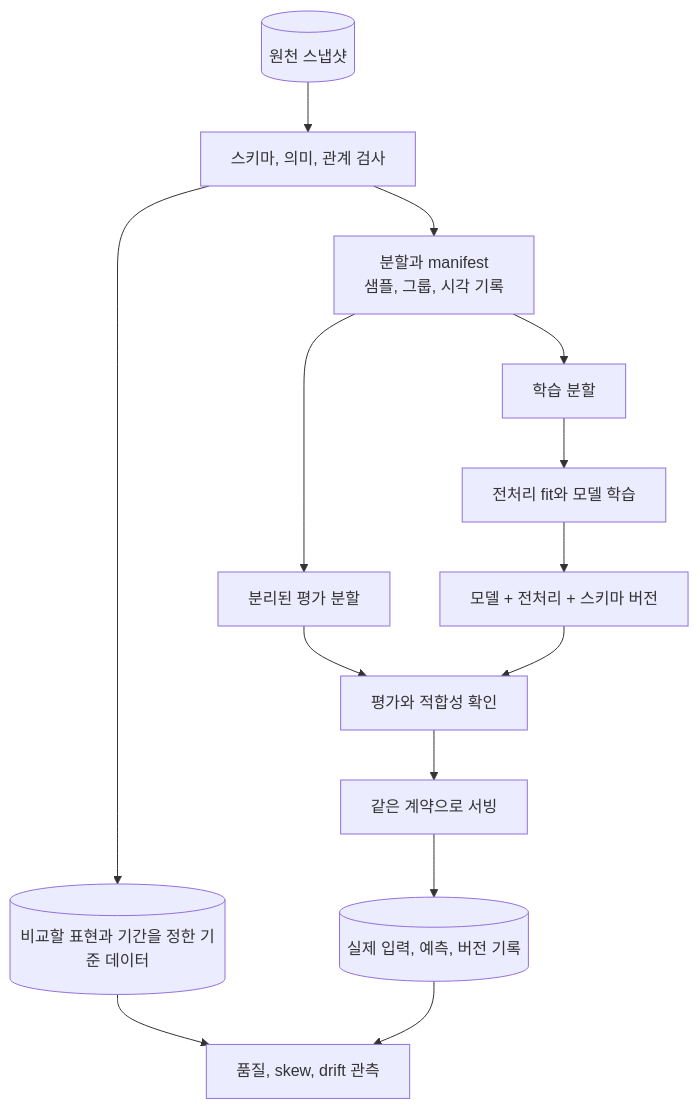
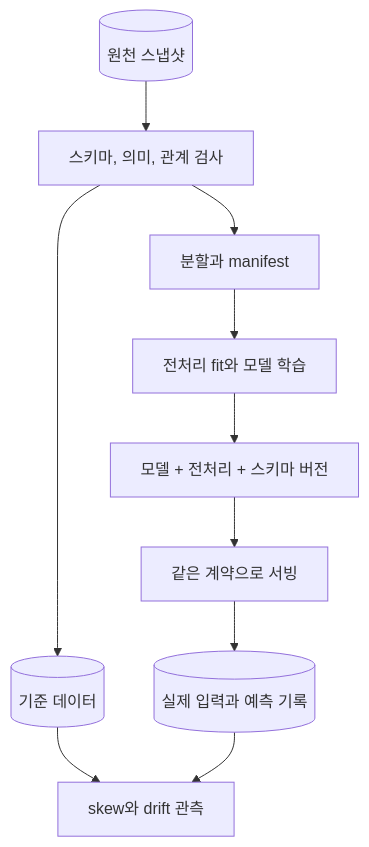
Before and after one commit to johklo/johklo.github.io: the diagram in content/docs/tech/machine-learning-platform-engineering/07-data-preparation.md, drawn with Mermaid. The commit also changed other lines of this file and 13 other files, not shown here.

````diff
--- a/content/docs/tech/machine-learning-platform-engineering/07-data-preparation.md
+++ b/content/docs/tech/machine-learning-platform-engineering/07-data-preparation.md
@@ -388,18 +49,14 @@
 ```mermaid
 flowchart TD
     accTitle: 데이터 준비에서 학습, 서빙과 관측으로 이어지는 계약
-    accDescr: 원천 스냅샷을 스키마와 의미 규칙으로 검증하고 분할 이력을 남긴다. 학습 데이터로 fit한 전처리는 모델과 함께 버전으로 관리한다. 서빙은 호환되는 계약을 사용하고 실제 입력을 기록한다. 모니터링은 같은 표현의 기준 데이터와 서빙 입력을 비교한다.
+    accDescr: 원천 스냅샷을 스키마와 의미 규칙으로 검증하고 분할한다. 학습 분할로 fit한 전처리는 모델과 함께 버전으로 관리하고 서빙은 같은 계약을 쓴다. 관측은 같은 표현의 기준 데이터와 서빙 입력 기록을 비교한다.
     RAW[("원천 스냅샷")] --> QA["스키마, 의미, 관계 검사"]
-    QA --> SPLIT["분할과 manifest<br/>샘플, 그룹, 시각 기록"]
-    SPLIT --> TRAIN["학습 분할"]
-    SPLIT --> EVAL["분리된 평가 분할"]
-    TRAIN --> FIT["전처리 fit와 모델 학습"]
+    QA --> SPLIT["분할과 manifest"]
+    SPLIT --> FIT["전처리 fit와 모델 학습"]
     FIT --> BUNDLE["모델 + 전처리 + 스키마 버전"]
-    EVAL --> CHECK["평가와 적합성 확인"]
-    BUNDLE --> CHECK
-    CHECK --> SERVE["같은 계약으로 서빙"]
-    QA --> REF[("비교할 표현과 기간을 정한 기준 데이터")]
-    SERVE --> LOG[("실제 입력, 예측, 버전 기록")]
-    REF --> MON["품질, skew, drift 관측"]
+    BUNDLE --> SERVE["같은 계약으로 서빙"]
+    QA --> REF[("기준 데이터")]
+    SERVE --> LOG[("실제 입력과 예측 기록")]
+    REF --> MON["skew와 drift 관측"]
     LOG --> MON
 ```
````
